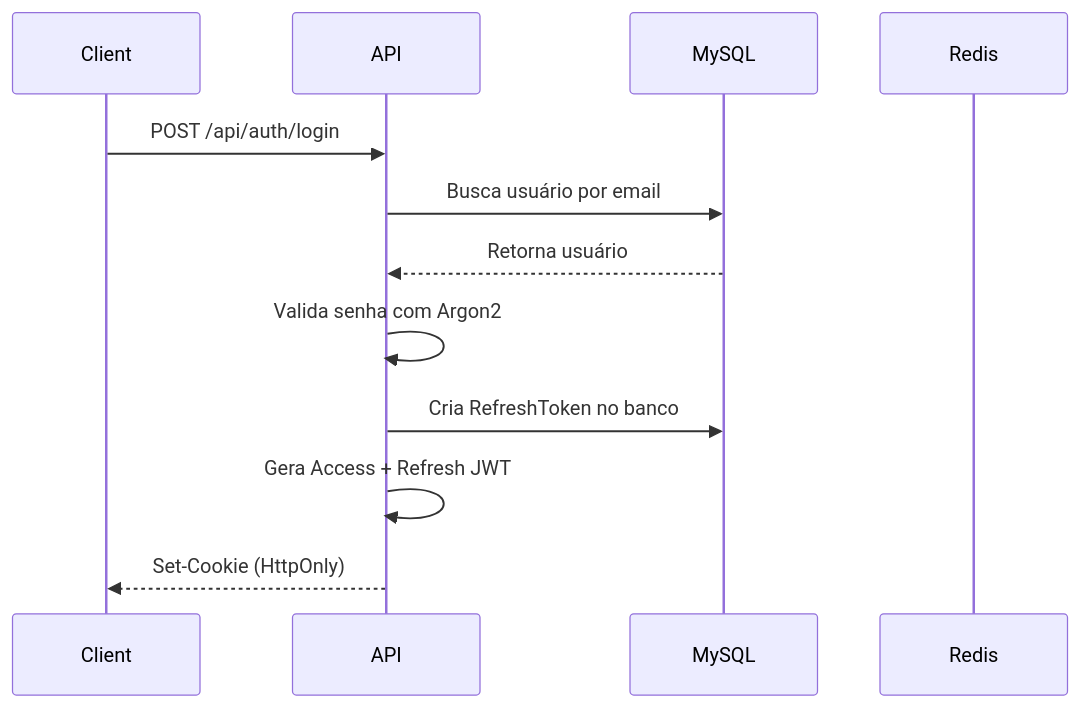
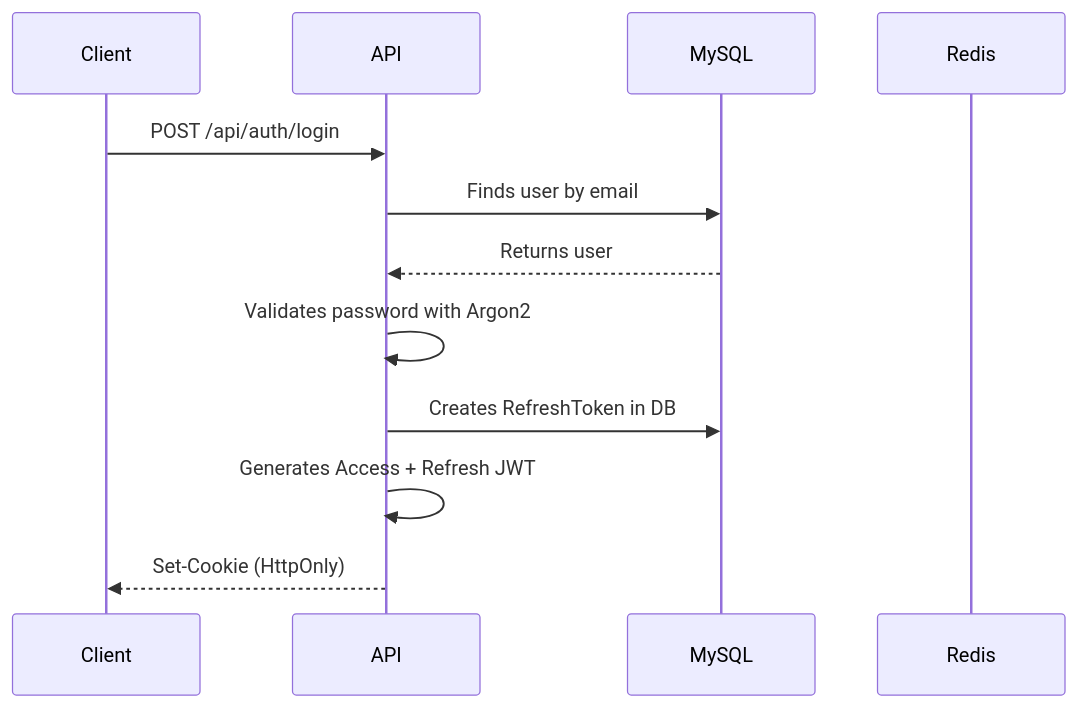
One commit to Laboratorio-Dia-a-Dia/secure-auth-poc changed the first of 3 diagrams in README.md. Above: the diagram before and after it, drawn with Mermaid. The commit also changed other lines of this file and 22 other files, not shown here.

````diff
--- a/README.md
+++ b/README.md
@@ -389,15 +397,15 @@
 ```mermaid
 sequenceDiagram
     participant Client
     participant API
     participant MySQL
     participant Redis
 
     Client->>API: POST /api/auth/login
-    API->>MySQL: Busca usuário por email
-    MySQL-->>API: Retorna usuário
-    API->>API: Valida senha com Argon2
-    API->>MySQL: Cria RefreshToken no banco
-    API->>API: Gera Access + Refresh JWT
+    API->>MySQL: Finds user by email
+    MySQL-->>API: Returns user
+    API->>API: Validates password with Argon2
+    API->>MySQL: Creates RefreshToken in DB
+    API->>API: Generates Access + Refresh JWT
     API-->>Client: Set-Cookie (HttpOnly)
 ```
````
